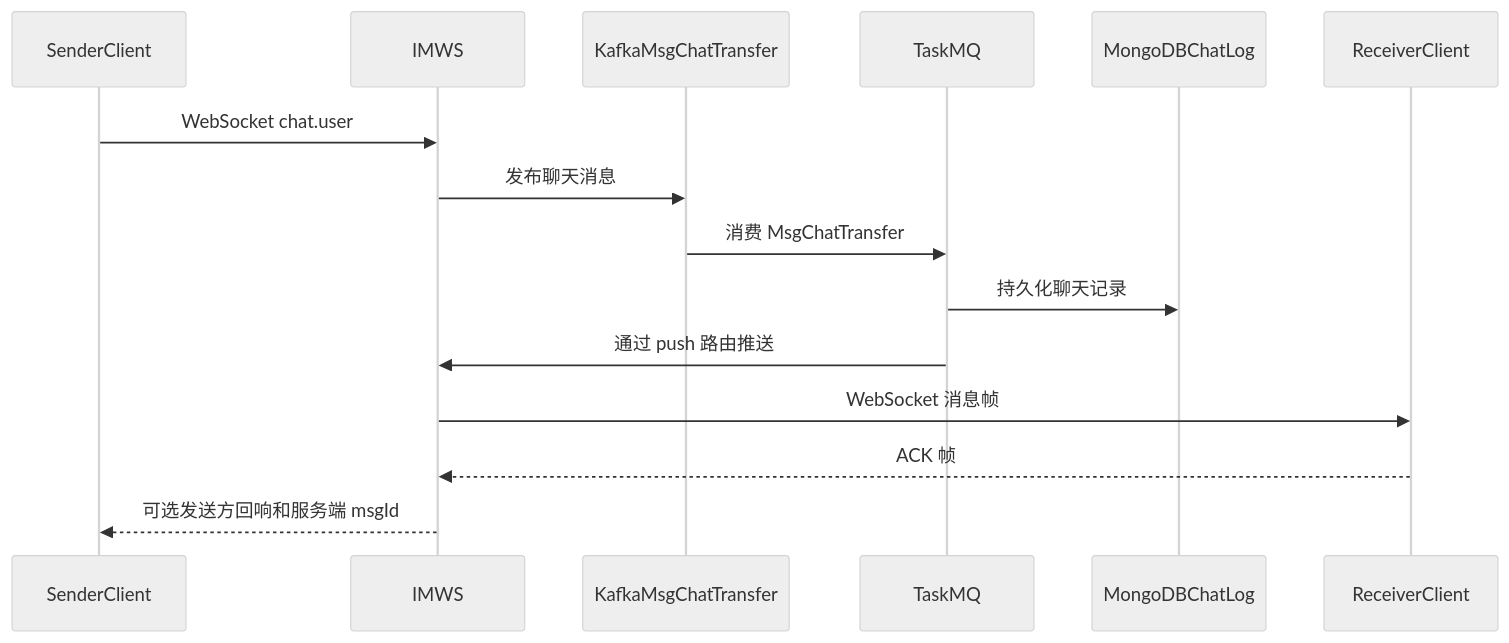
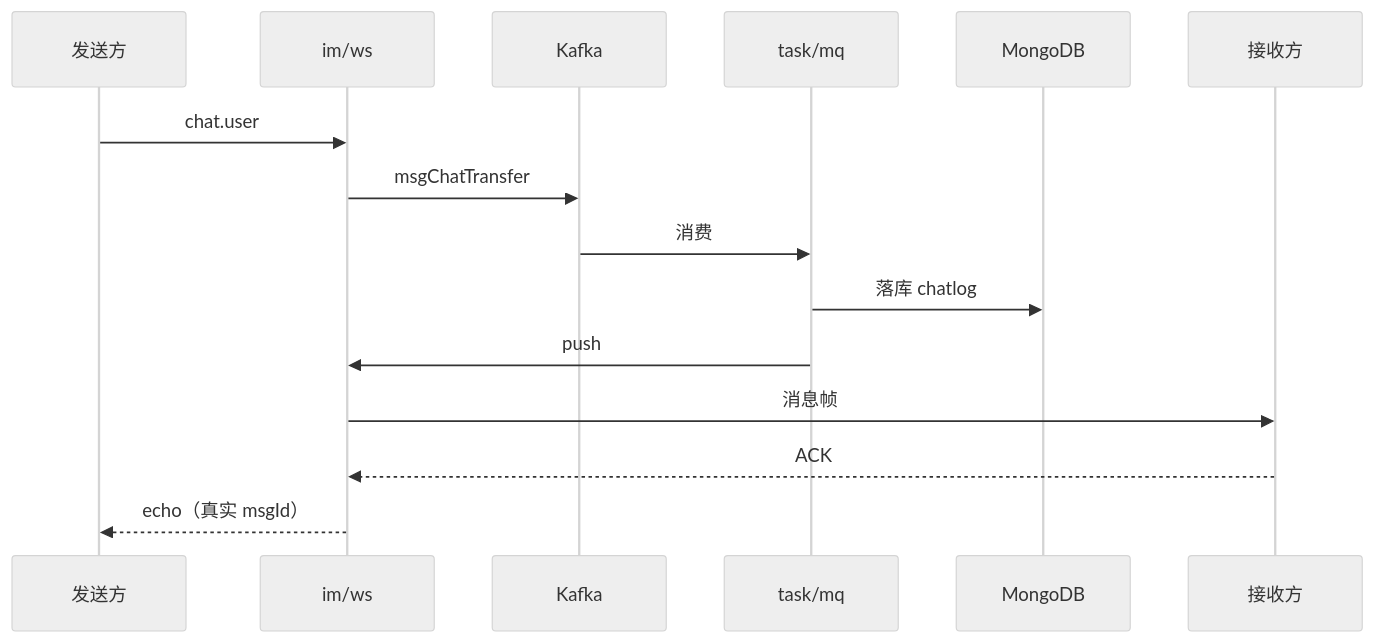
The first of 6 diagrams in docs/README.zh-CN.md (iceymoss/go-hichat-api), drawn with Mermaid (neutral theme) before and after one commit. The commit also changed other lines of this file and 1 other file, not shown here.

First line of the commit message:
docs: humanize sequence diagrams and fix Go version

````diff
--- a/docs/README.zh-CN.md
+++ b/docs/README.zh-CN.md
@@ -107,11 +107,17 @@
 ```mermaid
 sequenceDiagram
-  SenderClient->>IMWS: WebSocket chat.user
-  IMWS->>KafkaMsgChatTransfer: 发布聊天消息
-  KafkaMsgChatTransfer->>TaskMQ: 消费 MsgChatTransfer
-  TaskMQ->>MongoDBChatLog: 持久化聊天记录
-  TaskMQ->>IMWS: 通过 push 路由推送
-  IMWS->>ReceiverClient: WebSocket 消息帧
-  ReceiverClient-->>IMWS: ACK 帧
-  IMWS-->>SenderClient: 可选发送方回响和服务端 msgId
+  participant C as 发送方
+  participant WS as im/ws
+  participant K as Kafka
+  participant MQ as task/mq
+  participant DB as MongoDB
+  participant R as 接收方
+  C->>WS: chat.user
+  WS->>K: msgChatTransfer
+  K->>MQ: 消费
+  MQ->>DB: 落库 chatlog
+  MQ->>WS: push
+  WS->>R: 消息帧
+  R-->>WS: ACK
+  WS-->>C: echo（真实 msgId）
 ```
````
